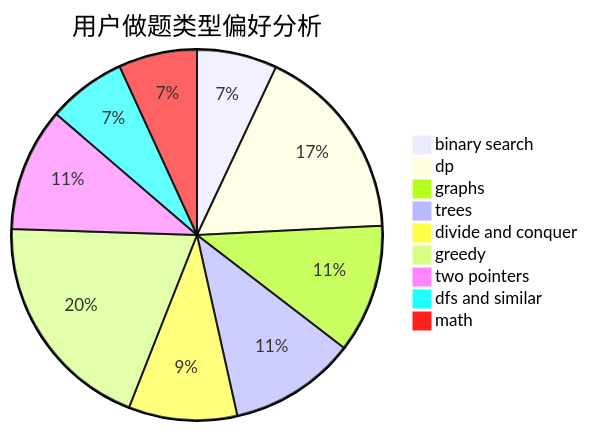
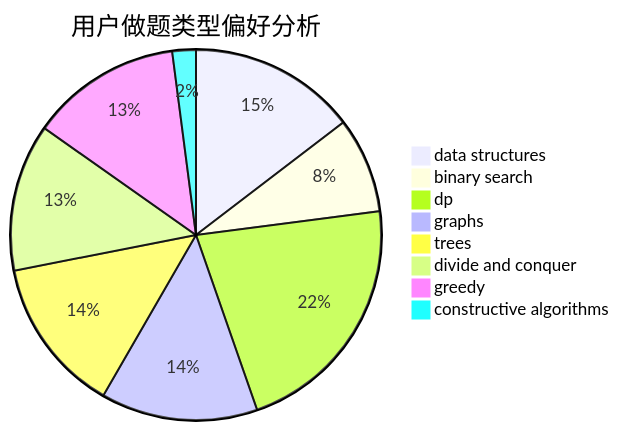
One commit to sherpahu/cfrs.github.io changed the second of 3 diagrams in docs/user/u432.md. Above: the diagram before and after it, drawn with Mermaid. The commit also changed other lines of this file and 2775 other files, not shown here.

````diff
--- a/docs/user/u432.md
+++ b/docs/user/u432.md
@@ -23,12 +23,11 @@
 ```mermaid
 pie title 用户做题类型偏好分析
-    "binary search" :  96
-    "dp" :  236
-    "graphs" :  154
-    "trees" :  152
-    "divide and conquer" :  130
-    "greedy" :  268
-    "two pointers" :  148
-    "dfs and similar" :  94
-    "math" :  94
+    "data structures" :  142
+    "binary search" :  81
+    "dp" :  211
+    "graphs" :  133
+    "trees" :  132
+    "divide and conquer" :  125
+    "greedy" :  128
+    "constructive algorithms" :  20
 ```
````
